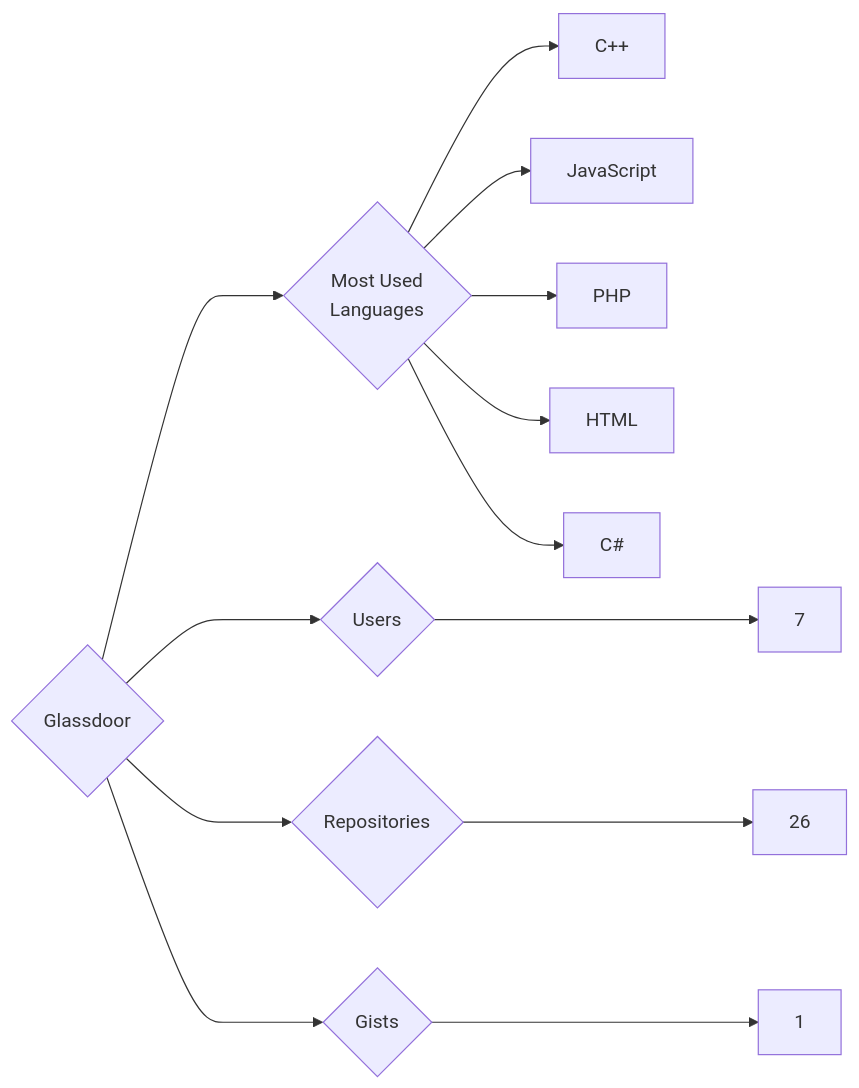
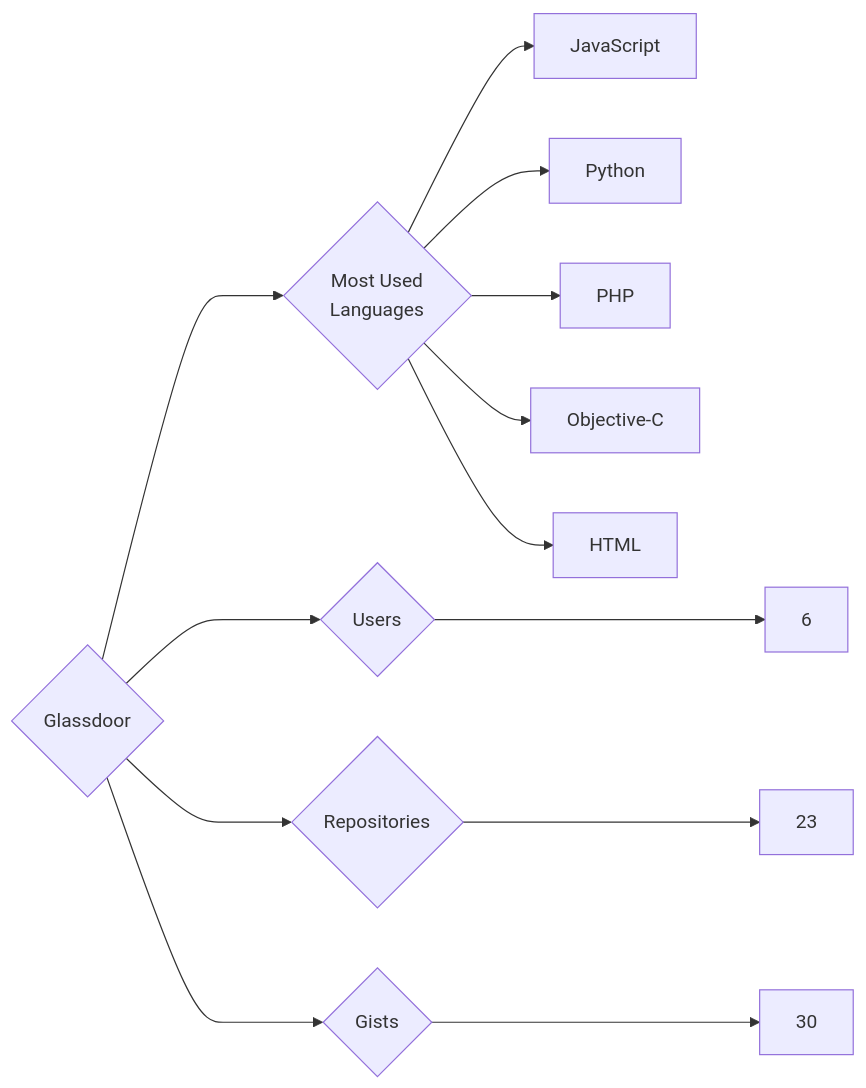
The diagram in targets/Glassdoor/README.md (trickest/insiders), drawn with Mermaid before and after one commit. The commit also changed 1149 other files, not shown here.

````diff
--- a/targets/Glassdoor/README.md
+++ b/targets/Glassdoor/README.md
@@ -3,13 +3,13 @@
 ```mermaid
 graph LR
 COMPANY_NAME{Glassdoor}
-COMPANY_NAME ---> U{Users} ---> UN[7]
-COMPANY_NAME ---> R{Repositories} ---> RN[26]
-COMPANY_NAME ---> G{Gists} ---> GN[1]
+COMPANY_NAME ---> U{Users} ---> UN[6]
+COMPANY_NAME ---> R{Repositories} ---> RN[23]
+COMPANY_NAME ---> G{Gists} ---> GN[30]
 COMPANY_NAME ---> ML{Most Used<br>Languages}
-ML --> C++[C++]
 ML --> JavaScript[JavaScript]
+ML --> Python[Python]
 ML --> PHP[PHP]
+ML --> Objective-C[Objective-C]
 ML --> HTML[HTML]
-ML --> C#[C#]
 ```
````
